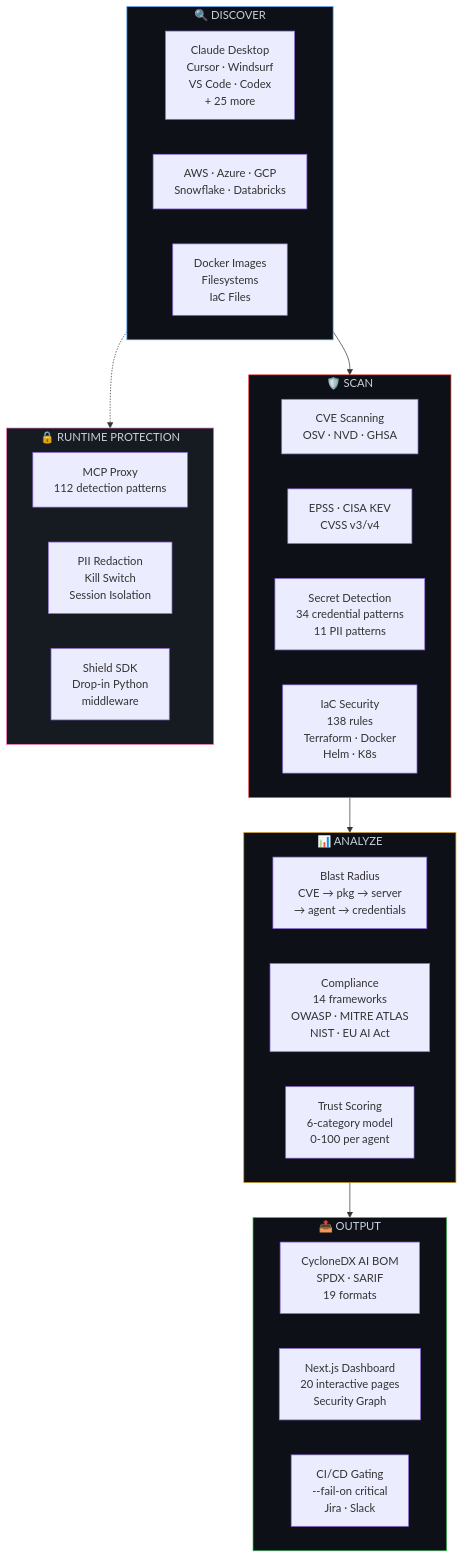
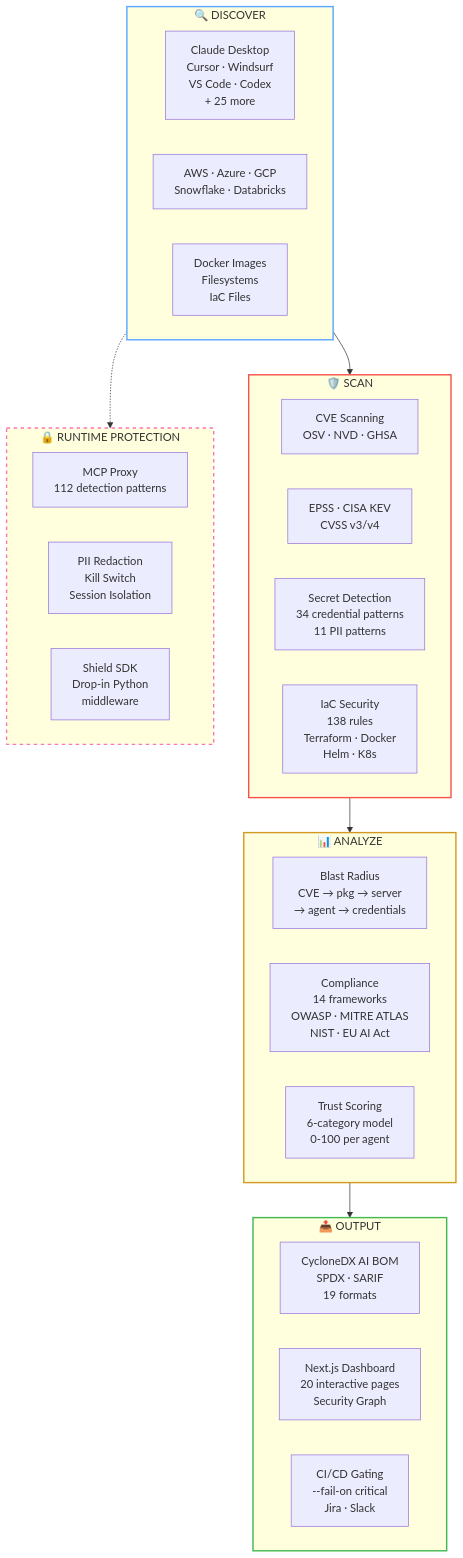
The first of 4 diagrams in README.md (msaad00/agent-bom), drawn with Mermaid before and after one commit. The commit also changed other lines of this file and 2 other files, not shown here.

First line of the commit message:
fix: Mermaid diagrams visible on GitHub dark mode + high-res demo GIF

````diff
--- a/README.md
+++ b/README.md
@@ -48,47 +48,47 @@
 ```mermaid
 flowchart TB
     subgraph DISCOVER["🔍 DISCOVER"]
         direction LR
         D1["Claude Desktop\nCursor · Windsurf\nVS Code · Codex\n+ 25 more"]
         D2["AWS · Azure · GCP\nSnowflake · Databricks"]
         D3["Docker Images\nFilesystems\nIaC Files"]
     end
 
     subgraph SCAN["🛡️ SCAN"]
         direction LR
         S1["CVE Scanning\nOSV · NVD · GHSA"]
         S2["EPSS · CISA KEV\nCVSS v3/v4"]
         S3["Secret Detection\n34 credential patterns\n11 PII patterns"]
         S4["IaC Security\n138 rules\nTerraform · Docker\nHelm · K8s"]
     end
 
     subgraph ANALYZE["📊 ANALYZE"]
         direction LR
         A1["Blast Radius\nCVE → pkg → server\n→ agent → credentials"]
         A2["Compliance\n14 frameworks\nOWASP · MITRE ATLAS\nNIST · EU AI Act"]
         A3["Trust Scoring\n6-category model\n0-100 per agent"]
     end
 
     subgraph OUTPUT["📤 OUTPUT"]
         direction LR
         O1["CycloneDX AI BOM\nSPDX · SARIF\n19 formats"]
         O2["Next.js Dashboard\n20 interactive pages\nSecurity Graph"]
         O3["CI/CD Gating\n--fail-on critical\nJira · Slack"]
     end
 
     subgraph PROTECT["🔒 RUNTIME PROTECTION"]
         direction LR
         P1["MCP Proxy\n112 detection patterns"]
         P2["PII Redaction\nKill Switch\nSession Isolation"]
         P3["Shield SDK\nDrop-in Python\nmiddleware"]
     end
 
     DISCOVER --> SCAN --> ANALYZE --> OUTPUT
     DISCOVER -.-> PROTECT
 
-    style DISCOVER fill:#0d1117,stroke:#58a6ff,color:#c9d1d9
-    style SCAN fill:#0d1117,stroke:#f85149,color:#c9d1d9
-    style ANALYZE fill:#0d1117,stroke:#d29922,color:#c9d1d9
-    style OUTPUT fill:#0d1117,stroke:#3fb950,color:#c9d1d9
-    style PROTECT fill:#161b22,stroke:#f778ba,color:#c9d1d9
+    style DISCOVER stroke:#58a6ff,stroke-width:2px
+    style SCAN stroke:#f85149,stroke-width:2px
+    style ANALYZE stroke:#d29922,stroke-width:2px
+    style OUTPUT stroke:#3fb950,stroke-width:2px
+    style PROTECT stroke:#f778ba,stroke-width:2px,stroke-dasharray: 5 5
 ```
````
